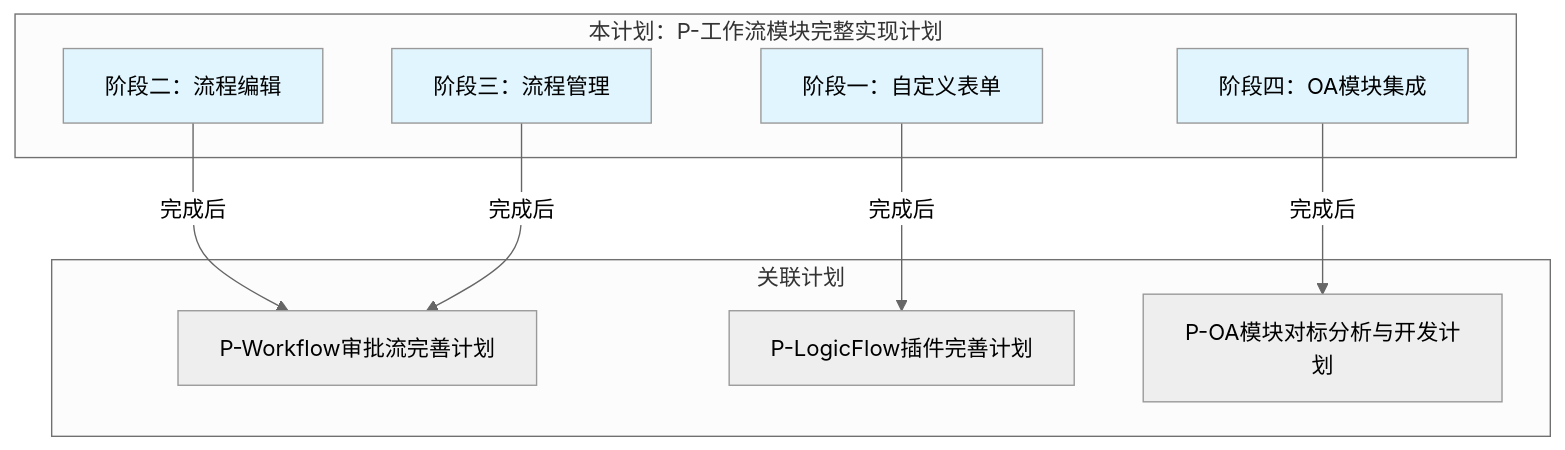
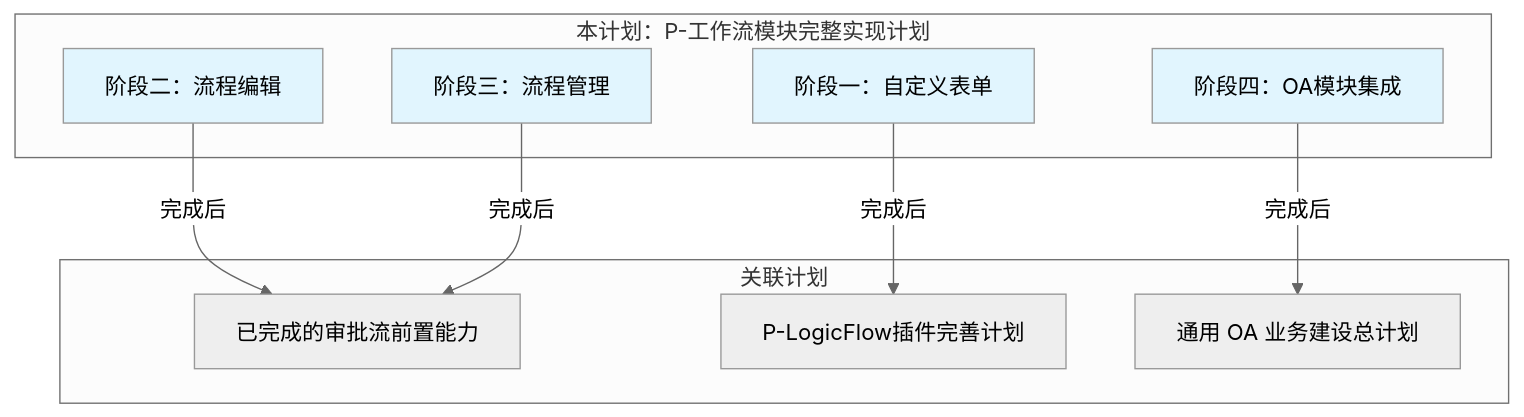
Before and after one commit to yangxj96/spectra-docs: the diagram in docs/90-计划/spectra-admin/P-工作流模块完整实现计划.md, drawn with Mermaid (neutral theme). The commit also changed other lines of this file and 96 other files, not shown here.

````diff
--- a/docs/90-计划/spectra-admin/P-工作流模块完整实现计划.md
+++ b/docs/90-计划/spectra-admin/P-工作流模块完整实现计划.md
@@ -52,25 +52,25 @@
 ```mermaid
 graph TB
     subgraph "本计划：P-工作流模块完整实现计划"
         A[阶段一：自定义表单]
         B[阶段二：流程编辑]
         C[阶段三：流程管理]
         D[阶段四：OA模块集成]
     end
 
     subgraph "关联计划"
-        E[P-Workflow审批流完善计划]
+        E[已完成的审批流前置能力]
         F[P-LogicFlow插件完善计划]
-        G[P-OA模块对标分析与开发计划]
+        G[通用 OA 业务建设总计划]
     end
 
     A -->|"完成后"| F
     B -->|"完成后"| E
     C -->|"完成后"| E
     D -->|"完成后"| G
 
     style A fill:#e1f5fe
     style B fill:#e1f5fe
     style C fill:#e1f5fe
     style D fill:#e1f5fe
 ```
````
